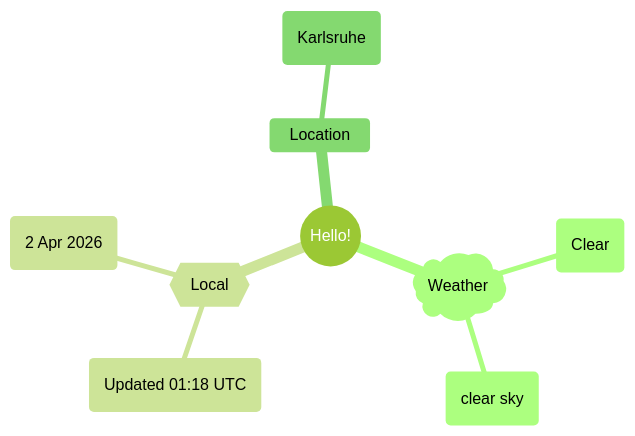
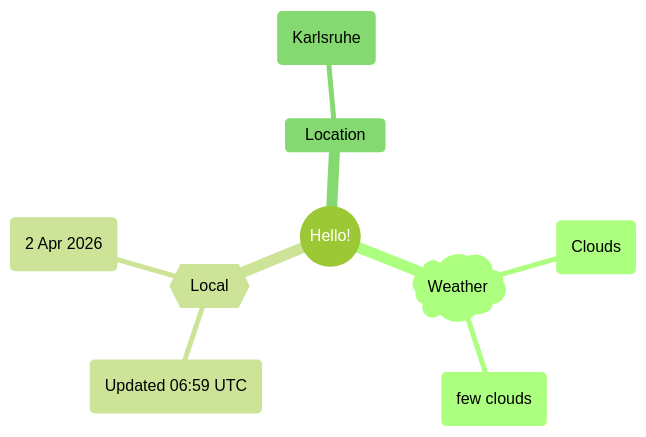
One commit to Xosrov/Xosrov changed the first of 2 diagrams in README.md. Above: the diagram before and after it, drawn with Mermaid (forest theme).

Commit message:
[bot] updated images

````diff
--- a/README.md
+++ b/README.md
@@ -3,12 +3,12 @@
 ```mermaid
 mindmap
   root((Hello!))
     )Weather(
-        (Clear)
-        (clear sky)
+        (Clouds)
+        (few clouds)
     {{Local}}
-        (Updated 01:18 UTC)
+        (Updated 06:59 UTC)
         (2 Apr 2026)
     Location
         (Karlsruhe)
 ```
````
